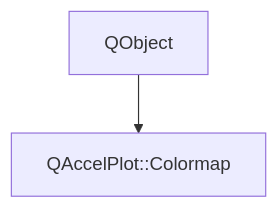
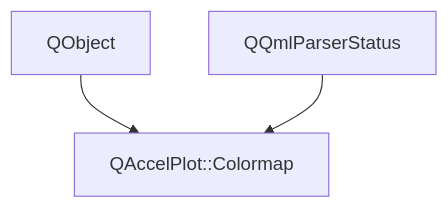
The diagram in main/assets/.doxy/QAccelPlot/api/classQAccelPlot_1_1Colormap.md (michalgrabarczyk/QAccelPlot), drawn with Mermaid before and after one commit. The commit also changed other lines of this file and 19 other files, not shown here.

````diff
--- a/main/assets/.doxy/QAccelPlot/api/classQAccelPlot_1_1Colormap.md
+++ b/main/assets/.doxy/QAccelPlot/api/classQAccelPlot_1_1Colormap.md
@@ -31,8 +31,10 @@
 ```mermaid
 flowchart TB
   classQAccelPlot_1_1Colormap["QAccelPlot::Colormap"]
 
   external_base_classQAccelPlot_1_1Colormap_1["QObject"]
   external_base_classQAccelPlot_1_1Colormap_1 --> classQAccelPlot_1_1Colormap
+  external_base_classQAccelPlot_1_1Colormap_2["QQmlParserStatus"]
+  external_base_classQAccelPlot_1_1Colormap_2 --> classQAccelPlot_1_1Colormap
 
 ```
````
